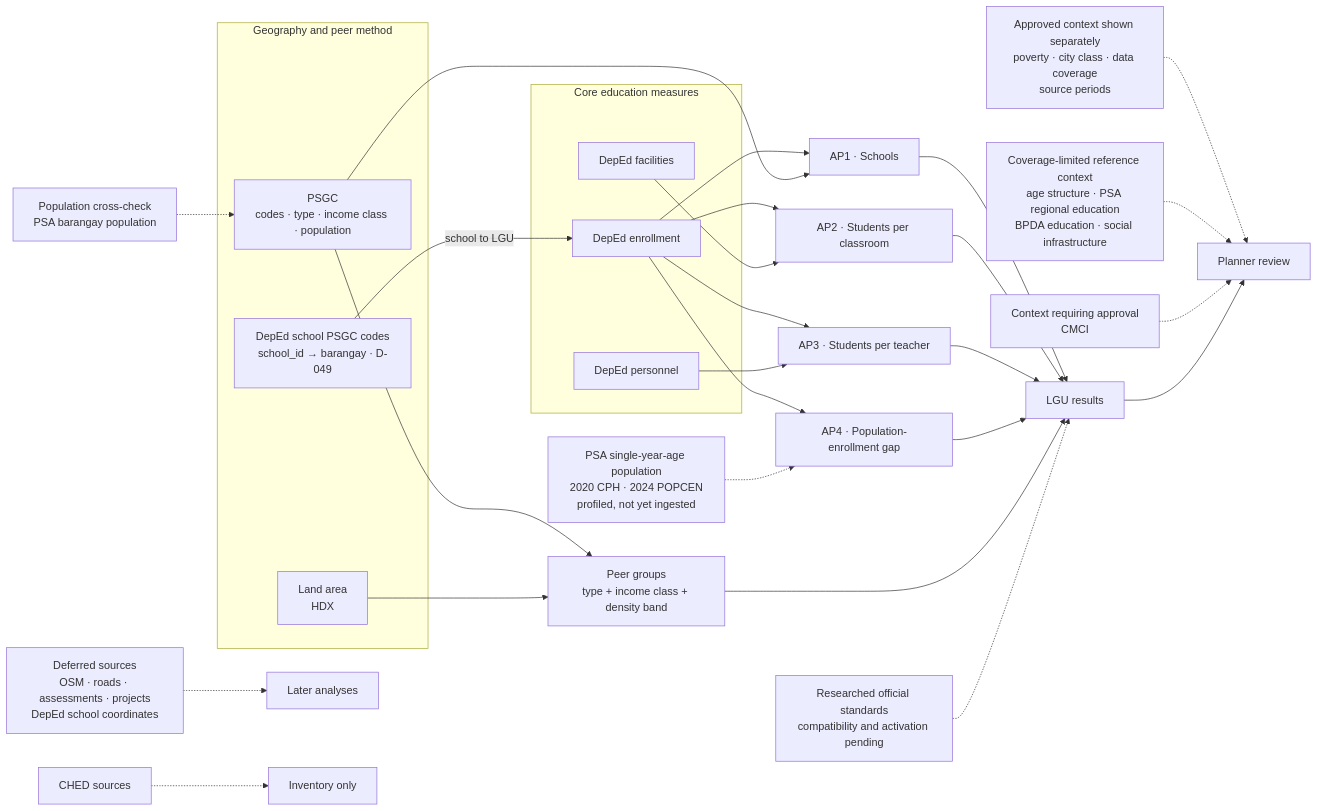
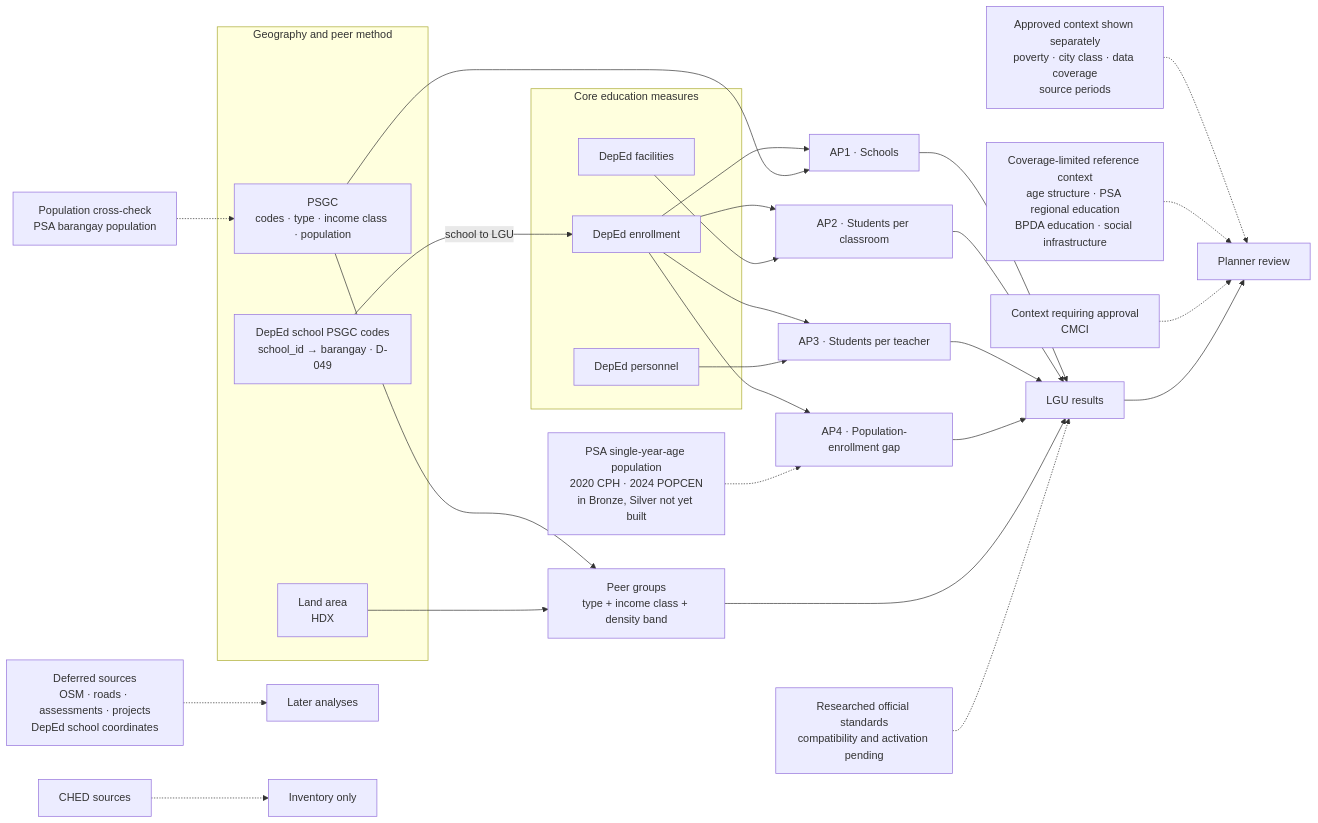
The diagram in docs/business/dataset-use-map.md (reached-hq/edu-access-intelligence), drawn with Mermaid before and after one commit. The commit also changed other lines of this file and 1 other file, not shown here.

Commit message:
Bring the SY 2020-21 and school-age status lines up to date

````diff
--- a/docs/business/dataset-use-map.md
+++ b/docs/business/dataset-use-map.md
@@ -19,41 +19,41 @@
 ```mermaid
 flowchart LR
     subgraph CORE["Core education measures"]
         ENR["DepEd enrollment"]
         FAC["DepEd facilities"]
         PER["DepEd personnel"]
     end
 
     subgraph METHOD["Geography and peer method"]
     PSGC["PSGC<br/>codes · type · income class · population"]
     AREA["Land area<br/>HDX"]
     XWALK["DepEd school PSGC codes<br/>school_id → barangay · D-049"]
     end
 
     XWALK -->|"school to LGU"| ENR
     ENR --> AP1["AP1 · Schools"]
     PSGC --> AP1
     ENR --> AP2["AP2 · Students per classroom"]
     FAC --> AP2
     ENR --> AP3["AP3 · Students per teacher"]
     PER --> AP3
     ENR --> AP4["AP4 · Population-enrollment gap"]
-    AGE["PSA single-year-age population<br/>2020 CPH · 2024 POPCEN<br/>profiled, not yet ingested"] -.-> AP4
+    AGE["PSA single-year-age population<br/>2020 CPH · 2024 POPCEN<br/>in Bronze, Silver not yet built"] -.-> AP4
 
     PSGC --> PEERS["Peer groups<br/>type + income class + density band"]
     AREA --> PEERS
     AP1 --> RESULT["LGU results"]
     AP2 --> RESULT
     AP3 --> RESULT
     AP4 --> RESULT
     PEERS --> RESULT
     STANDARD["Researched official standards<br/>compatibility and activation pending"] -.-> RESULT
 
     CONTEXT["Approved context shown separately<br/>poverty · city class · data coverage<br/>source periods"] -.-> DASH["Planner review"]
     LIMITED["Coverage-limited reference context<br/>age structure · PSA regional education<br/>BPDA education · social infrastructure"] -.-> DASH
     CANDIDATE["Context requiring approval<br/>CMCI"] -.-> DASH
     POPCHECK["Population cross-check<br/>PSA barangay population"] -.-> PSGC
     RESULT --> DASH
     DEFER["Deferred sources<br/>OSM · roads · assessments · projects<br/>DepEd school coordinates"] -.-> LATER["Later analyses"]
     EXCLUDED["CHED sources"] -.-> RECORD["Inventory only"]
 ```
````
